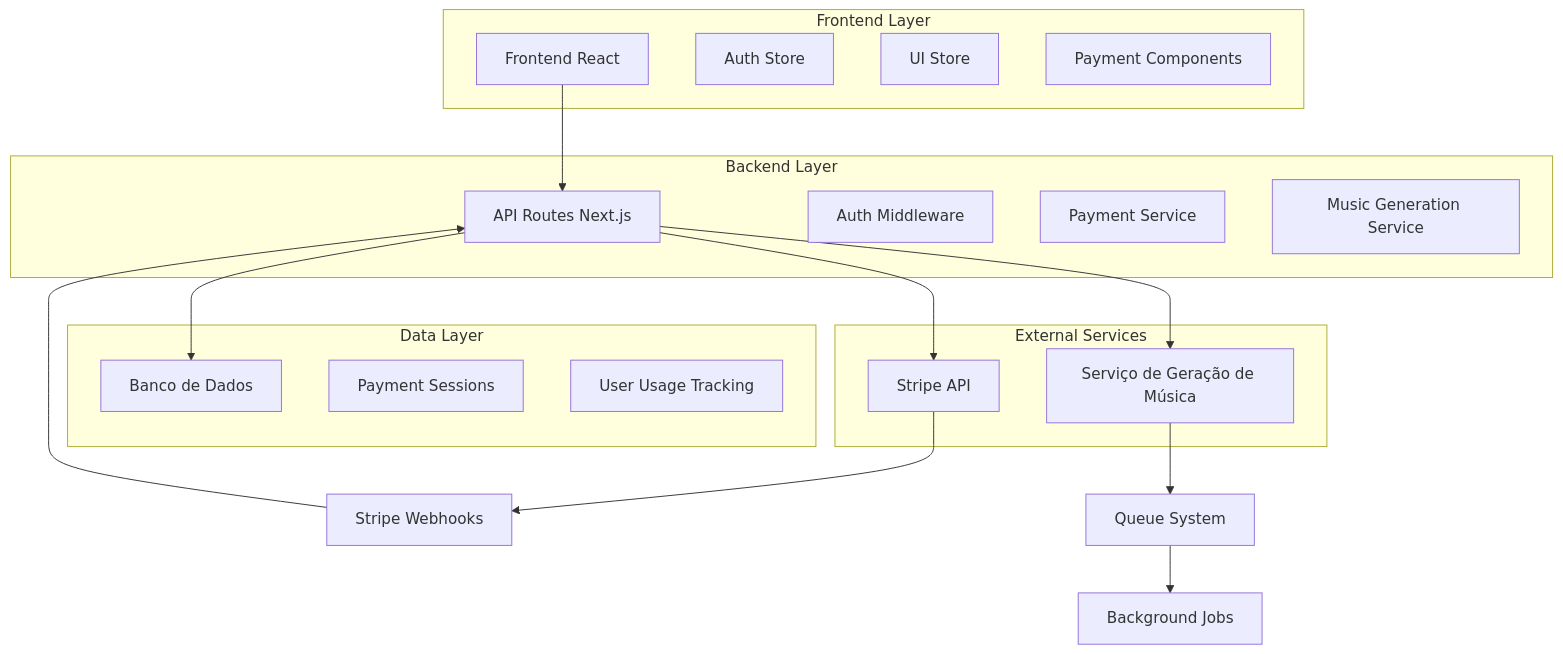
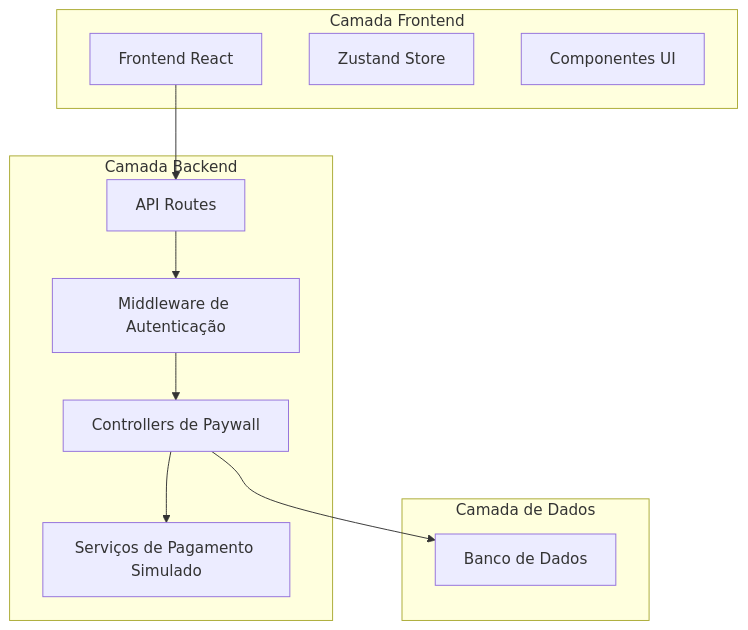
The first of 3 diagrams in .trae/documents/paywall_technical_architecture.md (ottomiranda/memora-music), drawn with Mermaid before and after one commit. The commit also changed other lines of this file and 56 other files, not shown here.

````diff
--- a/.trae/documents/paywall_technical_architecture.md
+++ b/.trae/documents/paywall_technical_architecture.md
@@ -5,36 +5,25 @@
 ```mermaid
 graph TD
-    A[Frontend React] --> B[API Routes Next.js]
-    B --> C[Banco de Dados]
-    B --> D[Stripe API]
-    B --> E[Serviço de Geração de Música]
-    D --> F[Stripe Webhooks]
-    F --> B
-    E --> G[Queue System]
-    G --> H[Background Jobs]
+    A[Frontend React] --> B[API Routes]
+    B --> C[Middleware de Autenticação]
+    C --> D[Controllers de Paywall]
+    D --> E[Serviços de Pagamento Simulado]
+    D --> F[Banco de Dados]
     
-    subgraph "Frontend Layer"
+    subgraph "Camada Frontend"
         A
-        I[Auth Store]
-        J[UI Store]
-        K[Payment Components]
+        G[Zustand Store]
+        H[Componentes UI]
     end
     
-    subgraph "Backend Layer"
+    subgraph "Camada Backend"
         B
-        L[Auth Middleware]
-        M[Payment Service]
-        N[Music Generation Service]
-    end
-    
-    subgraph "Data Layer"
         C
-        O[Payment Sessions]
-        P[User Usage Tracking]
-    end
-    
-    subgraph "External Services"
         D
         E
     end
+    
+    subgraph "Camada de Dados"
+        F
+    end
 ```
````
